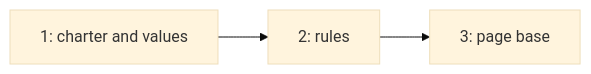
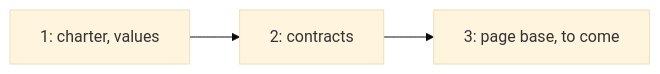
The diagram in docs/recaps/2026-11-21-design-skeleton.md (ancJ29/credo), drawn with Mermaid (base theme) before and after one commit. The commit also changed other lines of this file and 2 other files, not shown here.

````diff
--- a/docs/recaps/2026-11-21-design-skeleton.md
+++ b/docs/recaps/2026-11-21-design-skeleton.md
@@ -5,4 +5,4 @@
 ```mermaid
 flowchart LR
-  floor["1: charter and values"] --> rules["2: rules"] --> base["3: page base"]
+  a["1: charter, values"] --> b["2: contracts"] --> c["3: page base, to come"]
 ```
````
